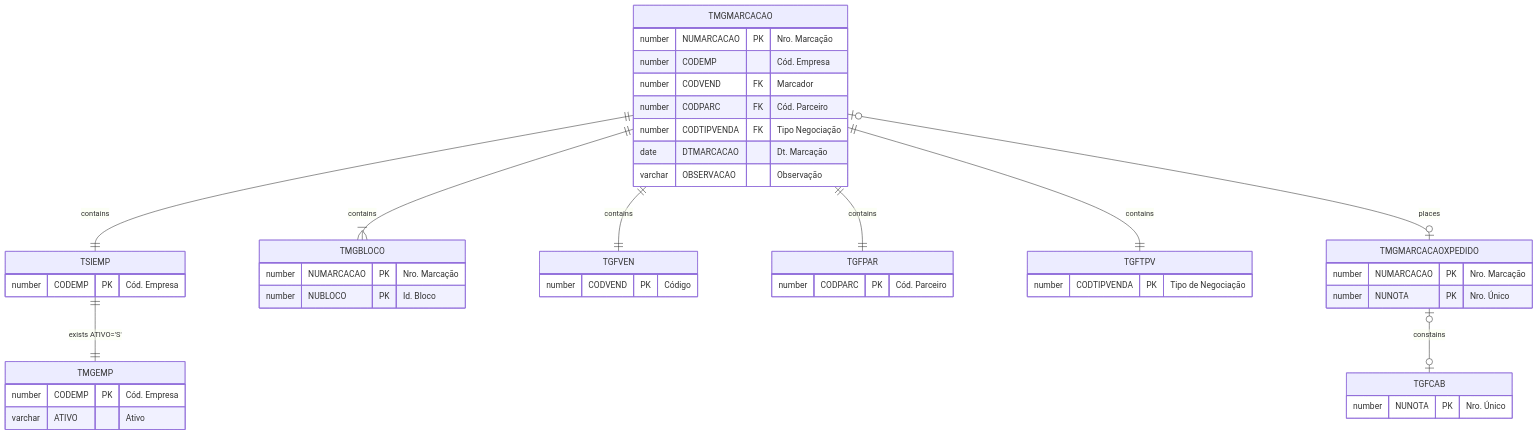
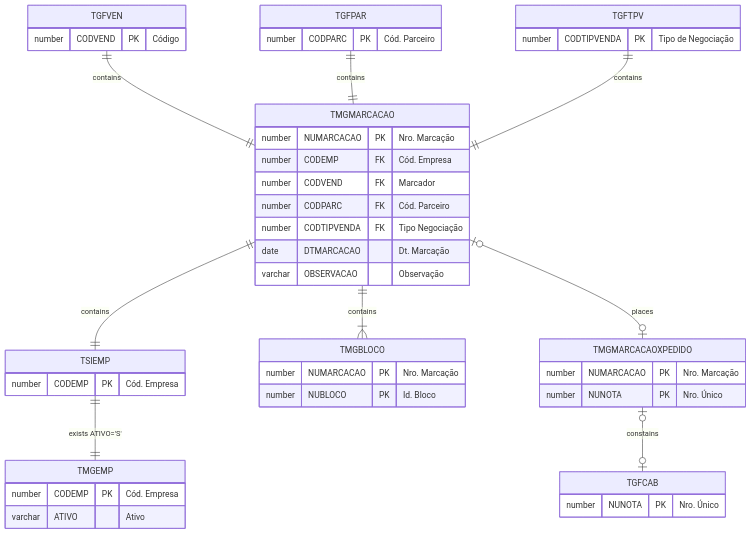
One commit to cbmsoft/margrandocs changed the diagram in docs/_database/TMGMARCACAO.md. Above: the diagram before and after it, drawn with Mermaid. The commit also changed 3 other files, not shown here.

````diff
--- a/docs/_database/TMGMARCACAO.md
+++ b/docs/_database/TMGMARCACAO.md
@@ -37,49 +37,49 @@
 ```mermaid
 erDiagram
+    TGFVEN ||--|| TMGMARCACAO : contains
+    TGFPAR ||--|| TMGMARCACAO : contains
+    TGFTPV ||--|| TMGMARCACAO : contains
     TMGMARCACAO ||--|| TSIEMP : contains
     TMGMARCACAO ||--|{ TMGBLOCO : contains
-    TMGMARCACAO ||--|| TGFVEN : contains
-    TMGMARCACAO ||--|| TGFPAR : contains
-    TMGMARCACAO ||--|| TGFTPV : contains
     TMGMARCACAO o|--|o TMGMARCACAOXPEDIDO: places
     TMGMARCACAOXPEDIDO o|--|o TGFCAB: constains
 
     TSIEMP ||--|| TMGEMP : "exists ATIVO='S'"
 
+    TGFVEN {
+        number CODVEND PK "Código"
+    }
+    TGFPAR {
+        number CODPARC PK "Cód. Parceiro"
+    }
+    TGFTPV {
+        number CODTIPVENDA PK "Tipo de Negociação"
+    }
     TMGMARCACAO {
         number NUMARCACAO PK "Nro. Marcação"
-        number CODEMP "Cód. Empresa"
+        number CODEMP FK "Cód. Empresa"
         number CODVEND FK "Marcador"
         number CODPARC FK "Cód. Parceiro"
         number CODTIPVENDA FK "Tipo Negociação"
         date DTMARCACAO "Dt. Marcação"
         varchar OBSERVACAO "Observação"
     }
     TSIEMP {
         number CODEMP PK "Cód. Empresa"
     }
     TMGEMP {
         number CODEMP PK "Cód. Empresa"
         varchar ATIVO "Ativo"
     }
     TMGBLOCO {
         number NUMARCACAO PK "Nro. Marcação"
         number NUBLOCO PK "Id. Bloco"
     }
-    TGFVEN {
-        number CODVEND PK "Código"
-    }
-    TGFPAR {
-        number CODPARC PK "Cód. Parceiro"
-    }
-    TGFTPV {
-        number CODTIPVENDA PK "Tipo de Negociação"
-    }
     TMGMARCACAOXPEDIDO {
         number NUMARCACAO PK "Nro. Marcação"
         number NUNOTA PK "Nro. Único"
     }
     TGFCAB {
         number NUNOTA PK "Nro. Único"
     }
 ```
````
